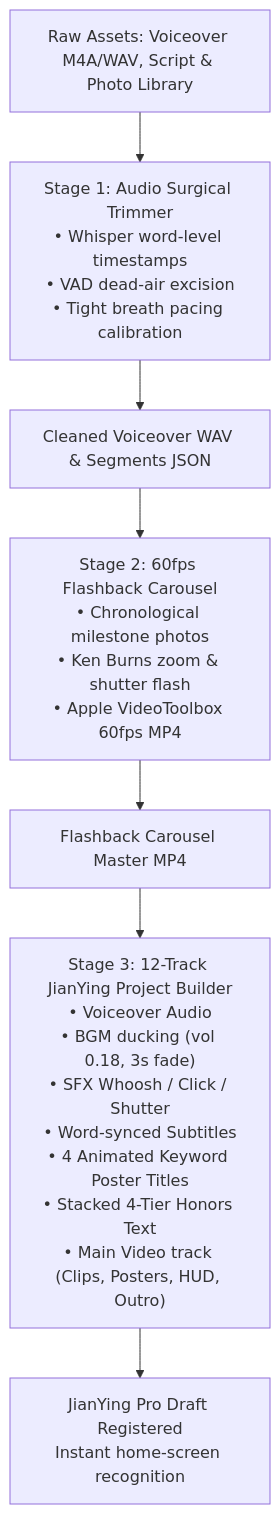
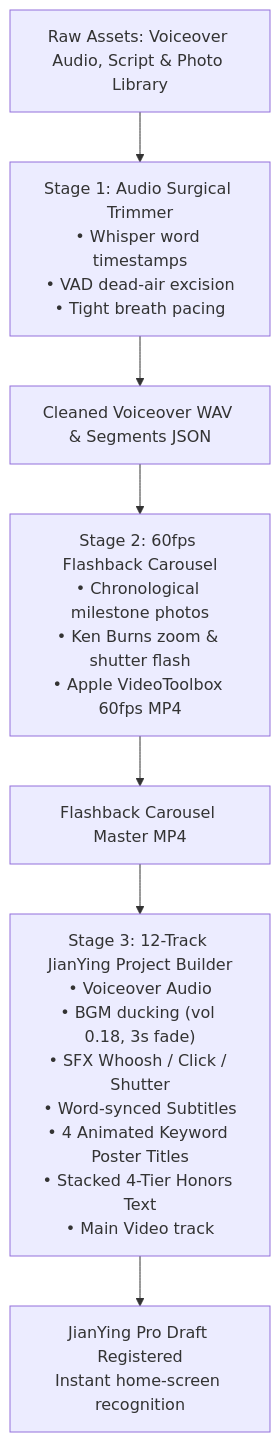
Before and after one commit to YoungG97/nba-animation-effects: the second of 2 diagrams in SKILL.md, drawn with Mermaid. The commit also changed other lines of this file and 2 other files, not shown here.

````diff
--- a/SKILL.md
+++ b/SKILL.md
@@ -37,9 +76,9 @@
 ```mermaid
 flowchart TD
-    A["Raw Assets: Voiceover M4A/WAV, Script & Photo Library"] --> B["Stage 1: Audio Surgical Trimmer<br/>• Whisper word-level timestamps<br/>• VAD dead-air excision<br/>• Tight breath pacing calibration"]
+    A["Raw Assets: Voiceover Audio, Script & Photo Library"] --> B["Stage 1: Audio Surgical Trimmer<br/>• Whisper word timestamps<br/>• VAD dead-air excision<br/>• Tight breath pacing"]
     B --> C["Cleaned Voiceover WAV & Segments JSON"]
     C --> D["Stage 2: 60fps Flashback Carousel<br/>• Chronological milestone photos<br/>• Ken Burns zoom & shutter flash<br/>• Apple VideoToolbox 60fps MP4"]
     D --> E["Flashback Carousel Master MP4"]
-    E --> F["Stage 3: 12-Track JianYing Project Builder<br/>• Voiceover Audio<br/>• BGM ducking (vol 0.18, 3s fade)<br/>• SFX Whoosh / Click / Shutter<br/>• Word-synced Subtitles<br/>• 4 Animated Keyword Poster Titles<br/>• Stacked 4-Tier Honors Text<br/>• Main Video track (Clips, Posters, HUD, Outro)"]
+    E --> F["Stage 3: 12-Track JianYing Project Builder<br/>• Voiceover Audio<br/>• BGM ducking (vol 0.18, 3s fade)<br/>• SFX Whoosh / Click / Shutter<br/>• Word-synced Subtitles<br/>• 4 Animated Keyword Poster Titles<br/>• Stacked 4-Tier Honors Text<br/>• Main Video track"]
     F --> G["JianYing Pro Draft Registered<br/>Instant home-screen recognition"]
 ```
````
